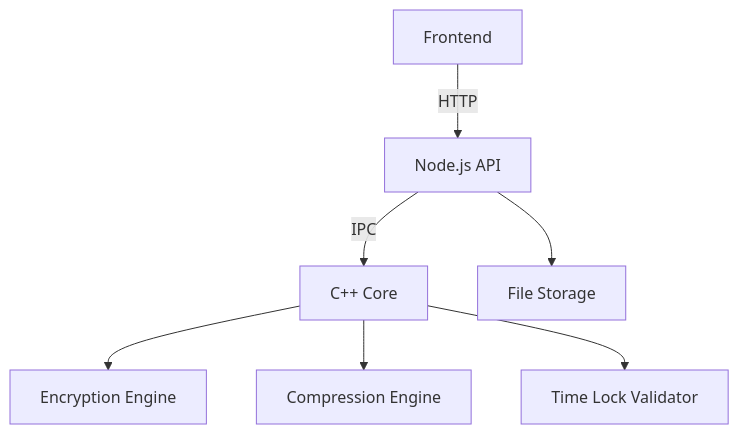
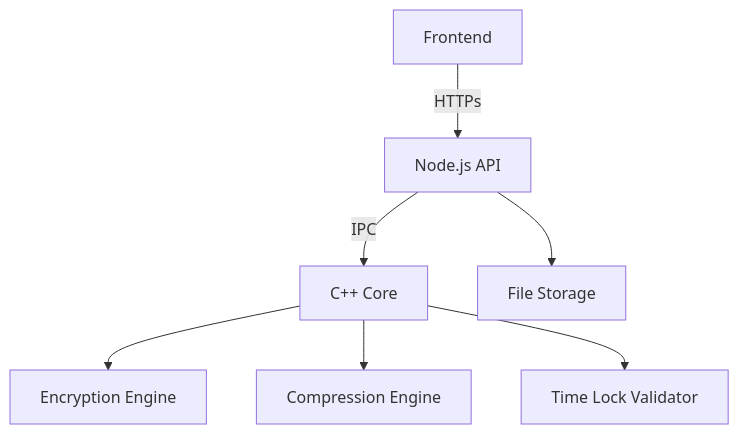
The diagram in README.md (Riyans13h/Time_Capsule_File_Locker), drawn with Mermaid before and after one commit. The commit also changed other lines of this file, not shown here.

````diff
--- a/README.md
+++ b/README.md
@@ -59,9 +59,9 @@
 ```mermaid
 graph TD
-    A[Frontend] -->|HTTP| B[Node.js API]
+    A[Frontend] -->|HTTPs| B[Node.js API]
     B -->|IPC| C[C++ Core]
     C --> D[Encryption Engine]
     C --> E[Compression Engine]
     C --> F[Time Lock Validator]
     B --> G[File Storage]
 ```
````
